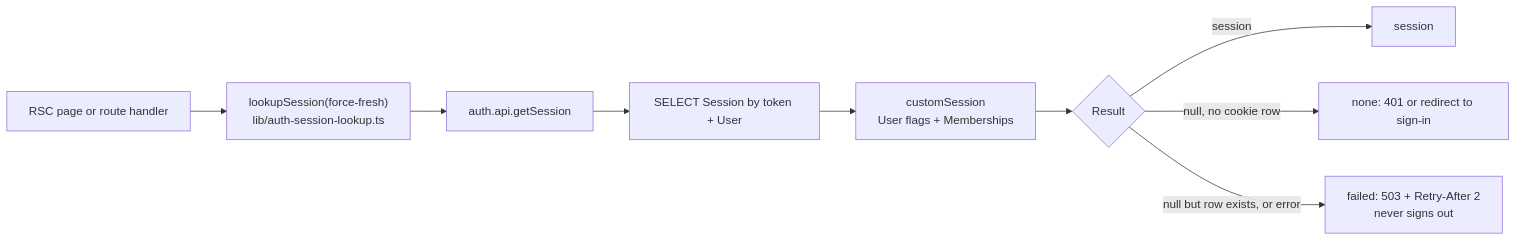
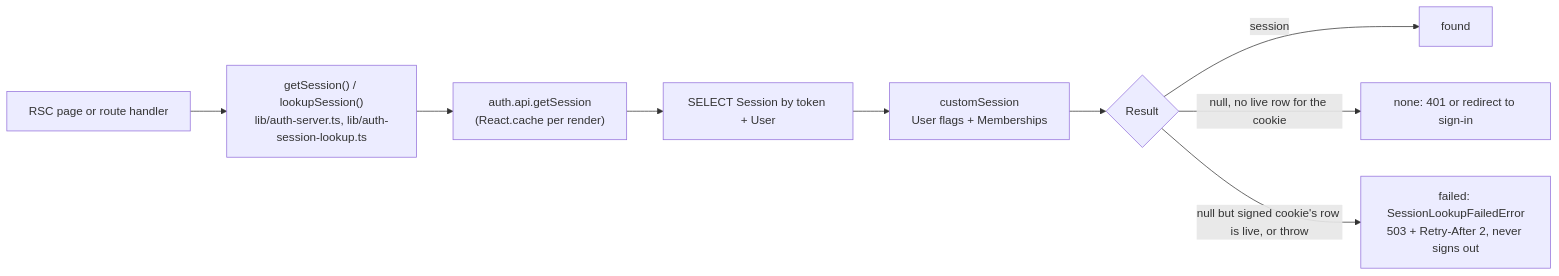
The third of 12 diagrams in docs/authentication/architecture.md (Practitionist/familiarise_web), drawn with Mermaid before and after one commit. The commit also changed other lines of this file and 533 other files, not shown here.

````diff
--- a/docs/authentication/architecture.md
+++ b/docs/authentication/architecture.md
@@ -94,11 +168,11 @@
 ```mermaid
 flowchart LR
-  A["RSC page or route handler"] --> L["lookupSession(force-fresh)<br/>lib/auth-session-lookup.ts"]
-  L --> BA["auth.api.getSession"]
+  A["RSC page or route handler"] --> L["getSession() / lookupSession()<br/>lib/auth-server.ts, lib/auth-session-lookup.ts"]
+  L --> BA["auth.api.getSession<br/>(React.cache per render)"]
   BA --> DB["SELECT Session by token + User"]
   DB --> CS["customSession<br/>User flags + Memberships"]
   CS --> R{"Result"}
-  R -- session --> OK["session"]
-  R -- "null, no cookie row" --> NONE["none: 401 or redirect to sign-in"]
-  R -- "null but row exists, or error" --> FAIL["failed: 503 + Retry-After 2<br/>never signs out"]
+  R -- session --> OK["found"]
+  R -- "null, no live row for the cookie" --> NONE["none: 401 or redirect to sign-in"]
+  R -- "null but signed cookie's row is live, or throw" --> FAIL["failed: SessionLookupFailedError<br/>503 + Retry-After 2, never signs out"]
 ```
````
